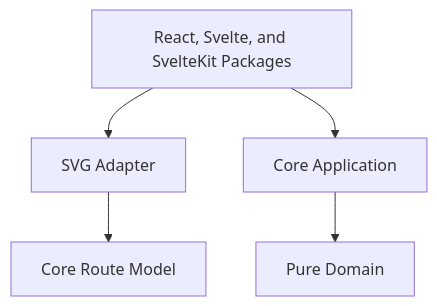
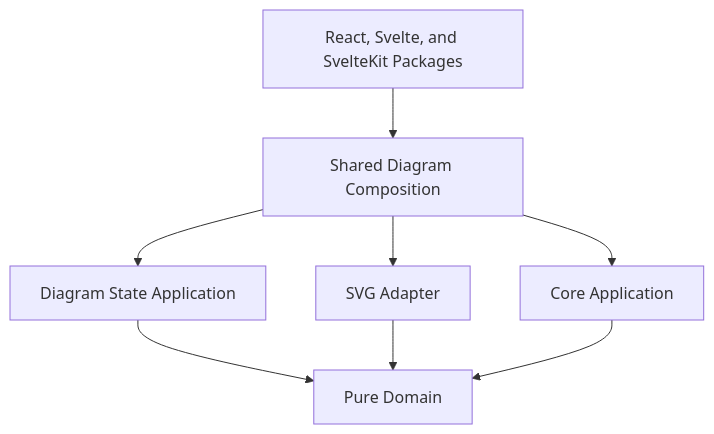
Before and after one commit to OneTesseractInMultiverse/vrl: the second of 2 diagrams in docs/architecture.md, drawn with Mermaid. The commit also changed other lines of this file and 29 other files, not shown here.

Commit message:
Share diagram state across framework adapters

````diff
--- a/docs/architecture.md
+++ b/docs/architecture.md
@@ -82,7 +87,10 @@
 ```mermaid
 flowchart TD
-  UI[React, Svelte, and SvelteKit Packages] --> Renderer[SVG Adapter]
-  UI --> Core[Core Application]
-  Renderer --> CoreTypes[Core Route Model]
-  Core --> Domain[Pure Domain]
+  UI[React, Svelte, and SvelteKit Packages] --> Diagram[Shared Diagram Composition]
+  Diagram --> State[Diagram State Application]
+  Diagram --> Renderer[SVG Adapter]
+  Diagram --> Core[Core Application]
+  State --> Domain[Pure Domain]
+  Renderer --> Domain
+  Core --> Domain
 ```
````
